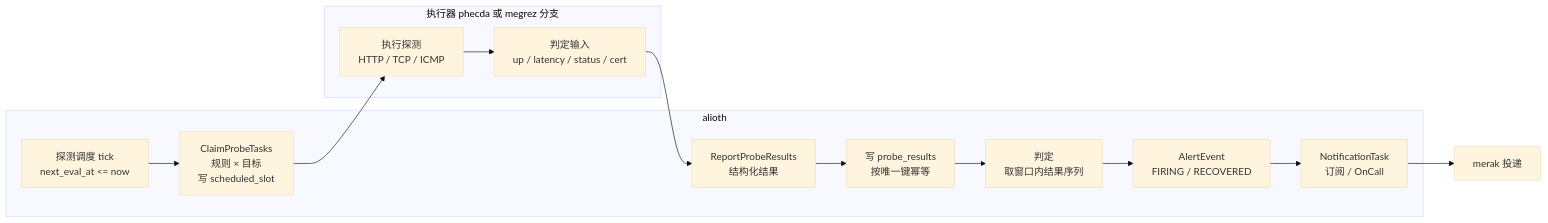
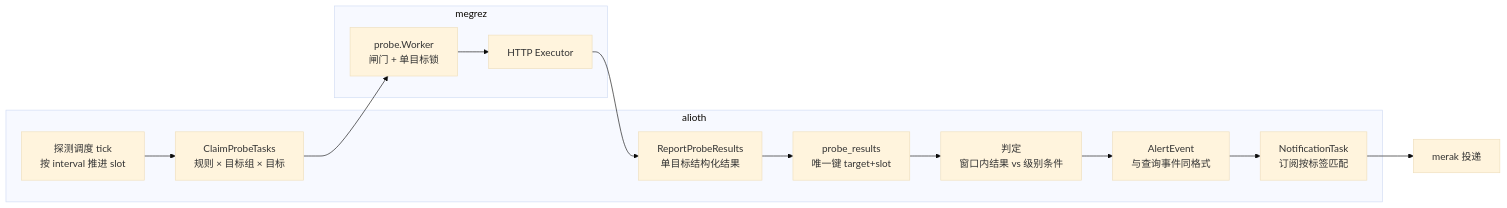
The diagram in docs/probe-rule-design.md (aide-family/moon), drawn with Mermaid (base theme) before and after one commit. The commit also changed other lines of this file and 21 other files, not shown here.

First line of the commit message:
docs(probe): rework probe rules around target groups and megrez worker

````diff
--- a/docs/probe-rule-design.md
+++ b/docs/probe-rule-design.md
@@ -234,16 +194,16 @@
 ```mermaid
 flowchart LR
   subgraph alioth
-    A[探测调度 tick<br/>next_eval_at <= now] --> B[ClaimProbeTasks<br/>规则 × 目标<br/>写 scheduled_slot]
-    C[ReportProbeResults<br/>结构化结果] --> D[写 probe_results<br/>按唯一键幂等]
-    D --> E[判定<br/>取窗口内结果序列]
-    E --> F[AlertEvent<br/>FIRING / RECOVERED]
-    F --> G[NotificationTask<br/>订阅 / OnCall]
+    A[探测调度 tick<br/>按 interval 推进 slot] --> B["ClaimProbeTasks<br/>规则 × 目标组 × 目标"]
+    C[ReportProbeResults<br/>单目标结构化结果] --> D[probe_results<br/>唯一键 target+slot]
+    D --> E[判定<br/>窗口内结果 vs 级别条件]
+    E --> F[AlertEvent<br/>与查询事件同格式]
+    F --> G[NotificationTask<br/>订阅按标签匹配]
   end
-  subgraph 执行器 phecda 或 megrez 分支
-    B --> H[执行探测<br/>HTTP / TCP / ICMP]
-    H --> I[判定输入<br/>up / latency / status / cert]
+  subgraph megrez
+    B --> H[probe.Worker<br/>闸门 + 单目标锁]
+    H --> I[HTTP Executor]
     I --> C
   end
   G --> J[merak 投递]
 ```
````
